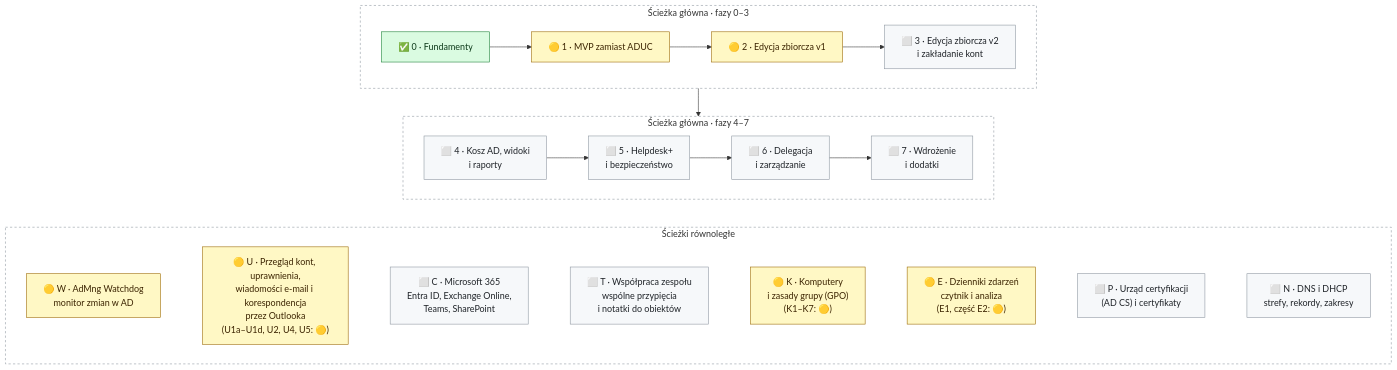
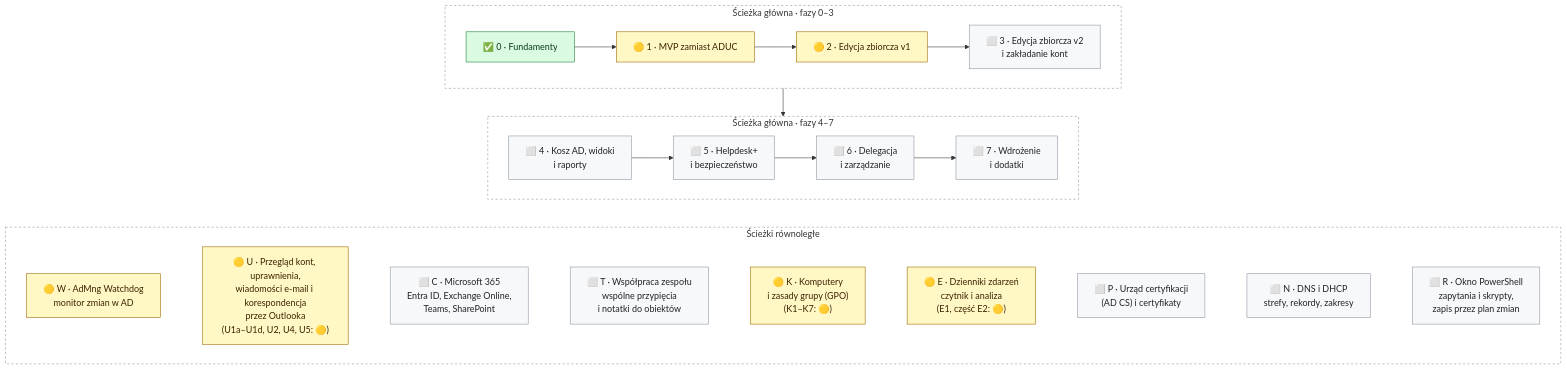
One commit to DarienRahl/AD_MNG changed the diagram in README.md. Above: the diagram before and after it, drawn with Mermaid. The commit also changed other lines of this file and 2 other files, not shown here.

First line of the commit message:
Roadmap: P2 certificate issuance (P2–P4 renumbered to P3–P5) and track R – PowerShell window (draft; review fixes follow)

````diff
--- a/README.md
+++ b/README.md
@@ -188,26 +188,26 @@
 ```mermaid
 flowchart TB
     subgraph A["Ścieżka główna · fazy 0–3"]
         direction LR
         F0["✅ 0 · Fundamenty"] --> F1["🟡 1 · MVP zamiast ADUC"] --> F2["🟡 2 · Edycja zbiorcza v1"] --> F3["⬜ 3 · Edycja zbiorcza v2<br/>i zakładanie kont"]
     end
     subgraph B["Ścieżka główna · fazy 4–7"]
         direction LR
         F4["⬜ 4 · Kosz AD, widoki<br/>i raporty"] --> F5["⬜ 5 · Helpdesk+<br/>i bezpieczeństwo"] --> F6["⬜ 6 · Delegacja<br/>i zarządzanie"] --> F7["⬜ 7 · Wdrożenie<br/>i dodatki"]
     end
     subgraph C["Ścieżki równoległe"]
         direction LR
-        W["🟡 W · AdMng Watchdog<br/>monitor zmian w AD"] ~~~ U["🟡 U · Przegląd kont, uprawnienia,<br/>wiadomości e-mail i korespondencja<br/>przez Outlooka<br/>(U1a–U1d, U2, U4, U5: 🟡)"] ~~~ M365["⬜ C · Microsoft 365<br/>Entra ID, Exchange Online,<br/>Teams, SharePoint"] ~~~ TEAM["⬜ T · Współpraca zespołu<br/>wspólne przypięcia<br/>i notatki do obiektów"] ~~~ K["🟡 K · Komputery<br/>i zasady grupy (GPO)<br/>(K1–K7: 🟡)"] ~~~ EVT["🟡 E · Dzienniki zdarzeń<br/>czytnik i analiza<br/>(E1, część E2: 🟡)"] ~~~ PKI["⬜ P · Urząd certyfikacji<br/>(AD CS) i certyfikaty"] ~~~ NET["⬜ N · DNS i DHCP<br/>strefy, rekordy, zakresy"]
+        W["🟡 W · AdMng Watchdog<br/>monitor zmian w AD"] ~~~ U["🟡 U · Przegląd kont, uprawnienia,<br/>wiadomości e-mail i korespondencja<br/>przez Outlooka<br/>(U1a–U1d, U2, U4, U5: 🟡)"] ~~~ M365["⬜ C · Microsoft 365<br/>Entra ID, Exchange Online,<br/>Teams, SharePoint"] ~~~ TEAM["⬜ T · Współpraca zespołu<br/>wspólne przypięcia<br/>i notatki do obiektów"] ~~~ K["🟡 K · Komputery<br/>i zasady grupy (GPO)<br/>(K1–K7: 🟡)"] ~~~ EVT["🟡 E · Dzienniki zdarzeń<br/>czytnik i analiza<br/>(E1, część E2: 🟡)"] ~~~ PKI["⬜ P · Urząd certyfikacji<br/>(AD CS) i certyfikaty"] ~~~ NET["⬜ N · DNS i DHCP<br/>strefy, rekordy, zakresy"] ~~~ PWSH["⬜ R · Okno PowerShell<br/>zapytania i skrypty,<br/>zapis przez plan zmian"]
     end
     A --> B
     B ~~~ C
     classDef done fill:#dafbe1,stroke:#1a7f37,color:#0d3a1a
     classDef wip fill:#fff8c5,stroke:#9a6700,color:#3b2300
     classDef todo fill:#f6f8fa,stroke:#8c959f,color:#1f2328
     class F0 done
     class F1,F2,W,U,K,EVT wip
-    class F3,F4,F5,F6,F7,M365,TEAM,PKI,NET todo
+    class F3,F4,F5,F6,F7,M365,TEAM,PKI,NET,PWSH todo
     style A fill:transparent,stroke:#8c959f,stroke-dasharray:4 4
     style B fill:transparent,stroke:#8c959f,stroke-dasharray:4 4
     style C fill:transparent,stroke:#8c959f,stroke-dasharray:4 4
 ```
````
